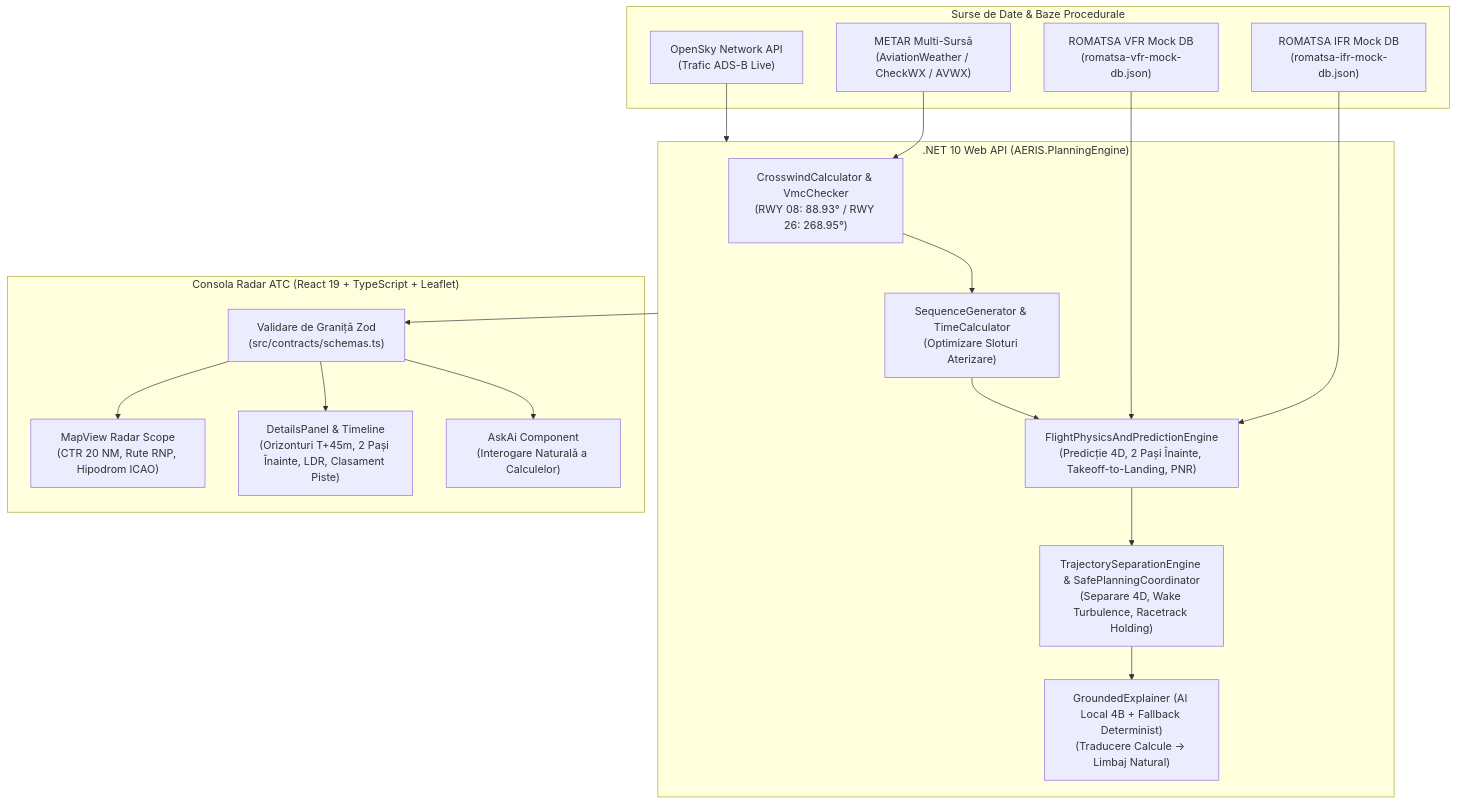
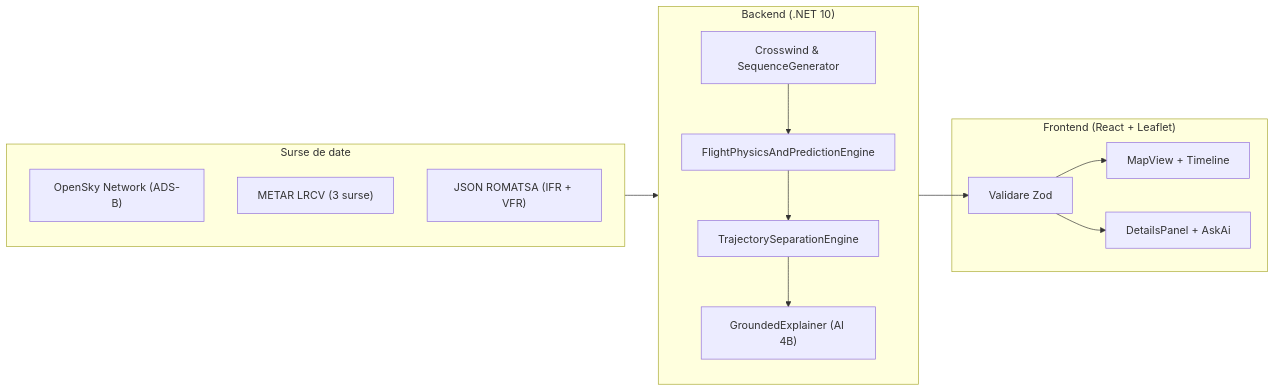
One commit to JianuDragos/KWAD changed the diagram in docs/DOCUMENTATIE_TEHNICA.md. Above: the diagram before and after it, drawn with Mermaid. The commit also changed other lines of this file and 2 other files, not shown here.

````diff
--- a/docs/DOCUMENTATIE_TEHNICA.md
+++ b/docs/DOCUMENTATIE_TEHNICA.md
@@ -36,37 +14,26 @@
 ```mermaid
-flowchart TB
-    subgraph SurseDate["Surse de Date & Baze Procedurale"]
-        OS["OpenSky Network API\n(Trafic ADS-B Live)"]
-        WX["METAR Multi-Sursă\n(AviationWeather / CheckWX / AVWX)"]
-        DB_IFR["ROMATSA IFR Mock DB\n(romatsa-ifr-mock-db.json)"]
-        DB_VFR["ROMATSA VFR Mock DB\n(romatsa-vfr-mock-db.json)"]
+flowchart LR
+    subgraph Date["Surse de date"]
+        OS["OpenSky Network (ADS-B)"]
+        WX["METAR LRCV (3 surse)"]
+        DB["JSON ROMATSA (IFR + VFR)"]
     end
 
-    subgraph Backend[".NET 10 Web API (AERIS.PlanningEngine)"]
-        CC["CrosswindCalculator & VmcChecker\n(RWY 08: 88.93° / RWY 26: 268.95°)"]
-        SG["SequenceGenerator & TimeCalculator\n(Optimizare Sloturi Aterizare)"]
-        FPE["FlightPhysicsAndPredictionEngine\n(Predicție 4D, 2 Pași Înainte, Takeoff-to-Landing, PNR)"]
-        TSE["TrajectorySeparationEngine & SafePlanningCoordinator\n(Separare 4D, Wake Turbulence, Racetrack Holding)"]
-        GE["GroundedExplainer (AI Local 4B + Fallback Determinist)\n(Traducere Calcule → Limbaj Natural)"]
+    subgraph API["Backend (.NET 10)"]
+        CALC["Crosswind & SequenceGenerator"]
+        MATH["FlightPhysicsAndPredictionEngine"]
+        SEP["TrajectorySeparationEngine"]
+        AI["GroundedExplainer (AI 4B)"]
     end
 
-    subgraph Frontend["Consola Radar ATC (React 19 + TypeScript + Leaflet)"]
-        ZOD["Validare de Graniță Zod\n(src/contracts/schemas.ts)"]
-        MAP["MapView Radar Scope\n(CTR 20 NM, Rute RNP, Hipodrom ICAO)"]
-        PNL["DetailsPanel & Timeline\n(Orizonturi T+45m, 2 Pași Înainte, LDR, Clasament Piste)"]
-        ASK["AskAi Component\n(Interogare Naturală a Calculelor)"]
+    subgraph UI["Frontend (React + Leaflet)"]
+        ZOD["Validare Zod"]
+        MAP["MapView + Timeline"]
+        PNL["DetailsPanel + AskAi"]
     end
 
-    OS --> Backend
-    WX --> CC
-    DB_IFR --> FPE
-    DB_VFR --> FPE
-    CC --> SG
-    SG --> FPE
-    FPE --> TSE
-    TSE --> GE
-    Backend --> ZOD
-    ZOD --> MAP
+    Date --> API
+    CALC --> MATH --> SEP --> AI
+    API --> ZOD --> MAP
     ZOD --> PNL
-    ZOD --> ASK
 ```
````
